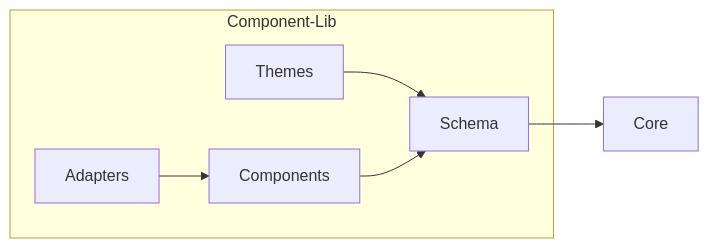
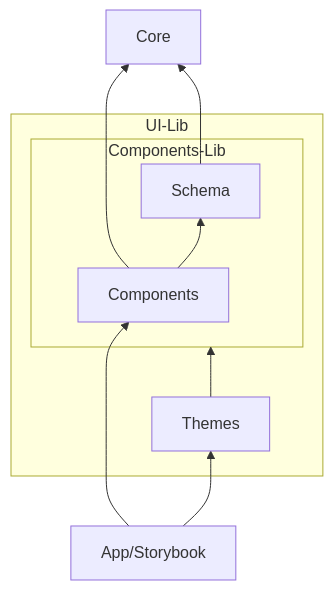
One commit to deleonio/adopted-style-sheets changed the first of 3 diagrams in README.md. Above: the diagram before and after it, drawn with Mermaid. The commit also changed other lines of this file, not shown here.

````diff
--- a/README.md
+++ b/README.md
@@ -14,9 +18,13 @@
 ```mermaid
-flowchart LR
+  flowchart BT
+    subgraph UI-Lib
+      subgraph Components-Lib
+         Components --> Schema
+      end
+      Themes --> Components-Lib
+    end
+    Components --> Core
     Schema --> Core
-    subgraph Component-Lib
-      Themes --> Schema
-      Components --> Schema
-      Adapters --> Components
-    end
+    App/Storybook --> Components
+    App/Storybook --> Themes
 ```
````
